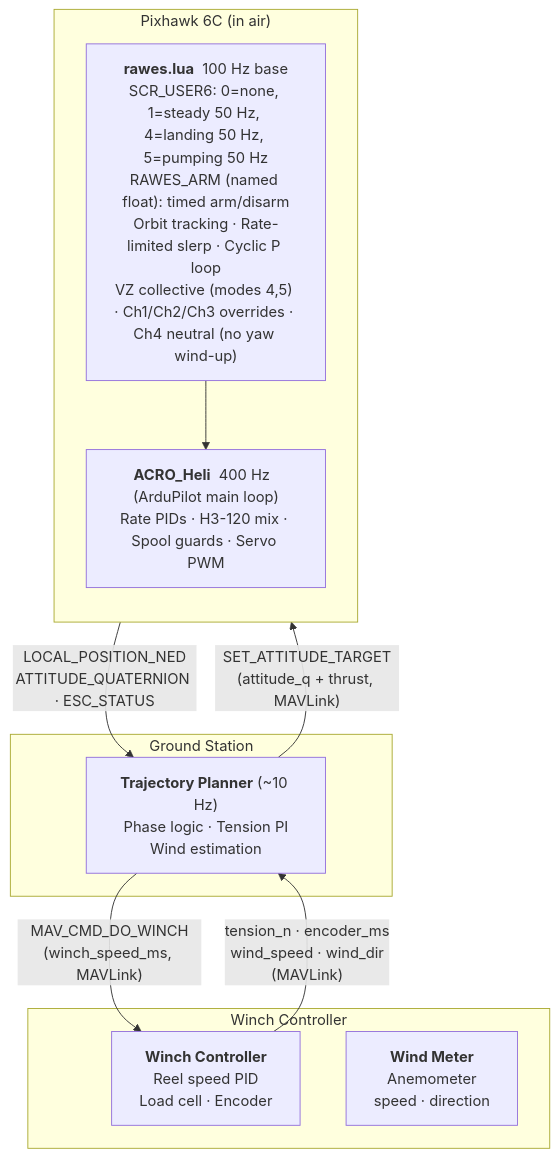
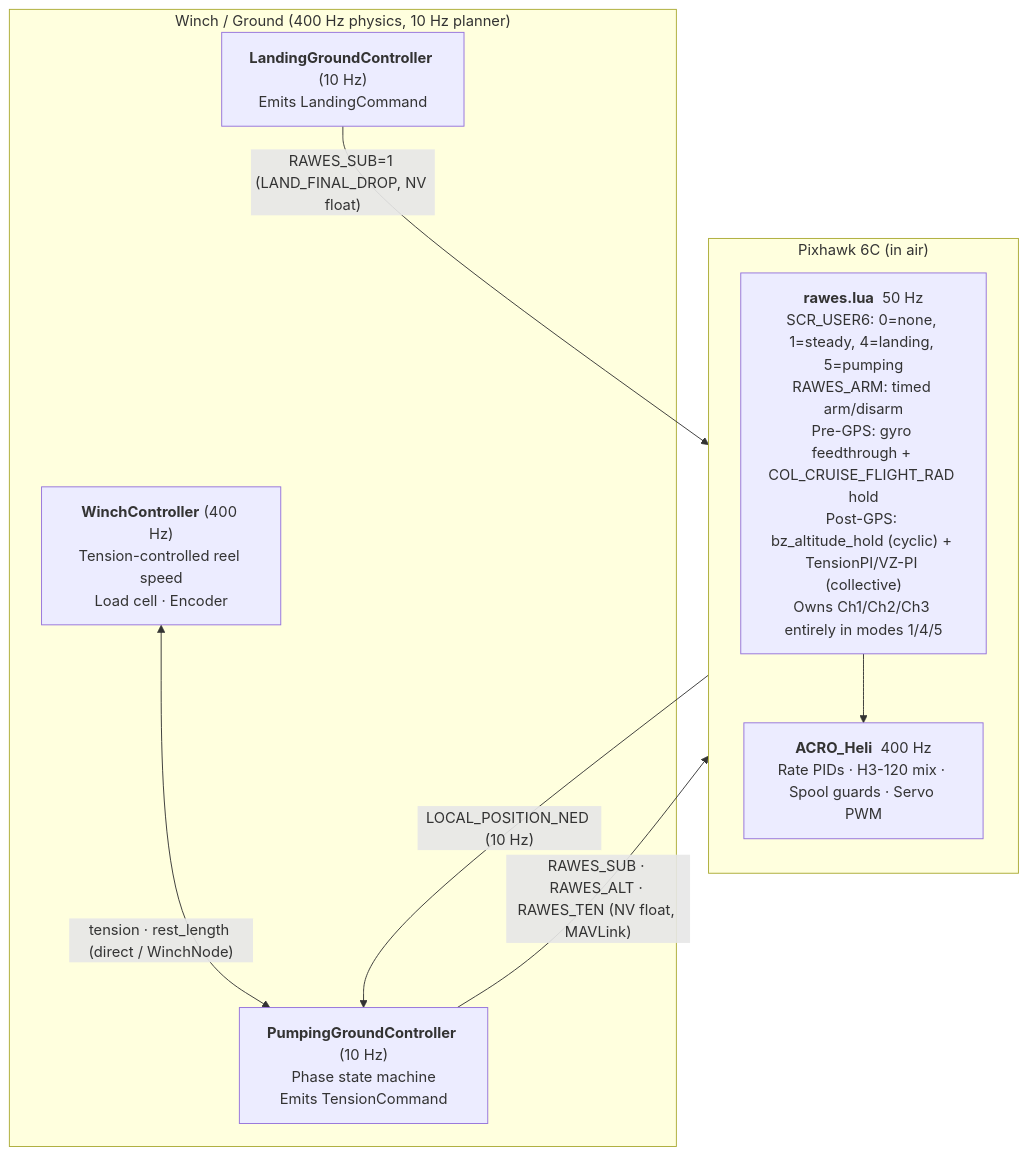
The first of 2 diagrams in system/stack.md (mcroomp/windpower), drawn with Mermaid before and after one commit. The commit also changed other lines of this file and 1 other file, not shown here.

````diff
--- a/system/stack.md
+++ b/system/stack.md
@@ -14,23 +15,20 @@
 ```mermaid
 flowchart TB
-    subgraph WC["Winch Controller"]
-        WCI["<b>Winch Controller</b><BR/>Reel speed PID<BR/>Load cell · Encoder"]
-        WM["<b>Wind Meter</b><BR/>Anemometer<BR/>speed · direction"]
-    end
-
-    subgraph GS["Ground Station"]
-        TP["<b>Trajectory Planner</b> (~10 Hz)<BR/>Phase logic · Tension PI<BR/>Wind estimation"]
+    subgraph WC["Winch / Ground (400 Hz physics, 10 Hz planner)"]
+        WCI["<b>WinchController</b> (400 Hz)<BR/>Tension-controlled reel speed<BR/>Load cell · Encoder"]
+        GPC["<b>PumpingGroundController</b> (10 Hz)<BR/>Phase state machine<BR/>Emits TensionCommand"]
+        LGC["<b>LandingGroundController</b> (10 Hz)<BR/>Emits LandingCommand"]
     end
 
     subgraph PX["Pixhawk 6C (in air)"]
         direction TB
-        LUA["<b>rawes.lua</b>  100 Hz base<BR/>SCR_USER6: 0=none, 1=steady 50 Hz, 4=landing 50 Hz, 5=pumping 50 Hz<BR/>RAWES_ARM (named float): timed arm/disarm<BR/>Orbit tracking · Rate-limited slerp · Cyclic P loop<BR/>VZ collective (modes 4,5) · Ch1/Ch2/Ch3 overrides · Ch4 neutral (no yaw wind-up)"]
-        ACRO["<b>ACRO_Heli</b>  400 Hz  (ArduPilot main loop)<BR/>Rate PIDs · H3-120 mix · Spool guards · Servo PWM"]
+        LUA["<b>rawes.lua</b>  50 Hz<BR/>SCR_USER6: 0=none, 1=steady, 4=landing, 5=pumping<BR/>RAWES_ARM: timed arm/disarm<BR/>Pre-GPS: gyro feedthrough + COL_CRUISE_FLIGHT_RAD hold<BR/>Post-GPS: bz_altitude_hold (cyclic) + TensionPI/VZ-PI (collective)<BR/>Owns Ch1/Ch2/Ch3 entirely in modes 1/4/5"]
+        ACRO["<b>ACRO_Heli</b>  400 Hz<BR/>Rate PIDs · H3-120 mix · Spool guards · Servo PWM"]
         LUA --> ACRO
     end
 
-    TP -->|"MAV_CMD_DO_WINCH<BR/>(winch_speed_ms, MAVLink)"| WCI
-    WCI -->|"tension_n · encoder_ms<BR/>wind_speed · wind_dir<BR/>(MAVLink)"| TP
-    TP -->|"SET_ATTITUDE_TARGET<BR/>(attitude_q + thrust, MAVLink)"| PX
-    PX -->|"LOCAL_POSITION_NED<BR/>ATTITUDE_QUATERNION · ESC_STATUS"| TP
+    GPC -->|"RAWES_SUB · RAWES_ALT · RAWES_TEN (NV float, MAVLink)"| LUA
+    LGC -->|"RAWES_SUB=1 (LAND_FINAL_DROP, NV float)"| LUA
+    PX -->|"LOCAL_POSITION_NED (10 Hz)"| GPC
+    WCI <-->|"tension · rest_length (direct / WinchNode)"| GPC
 ```
````
